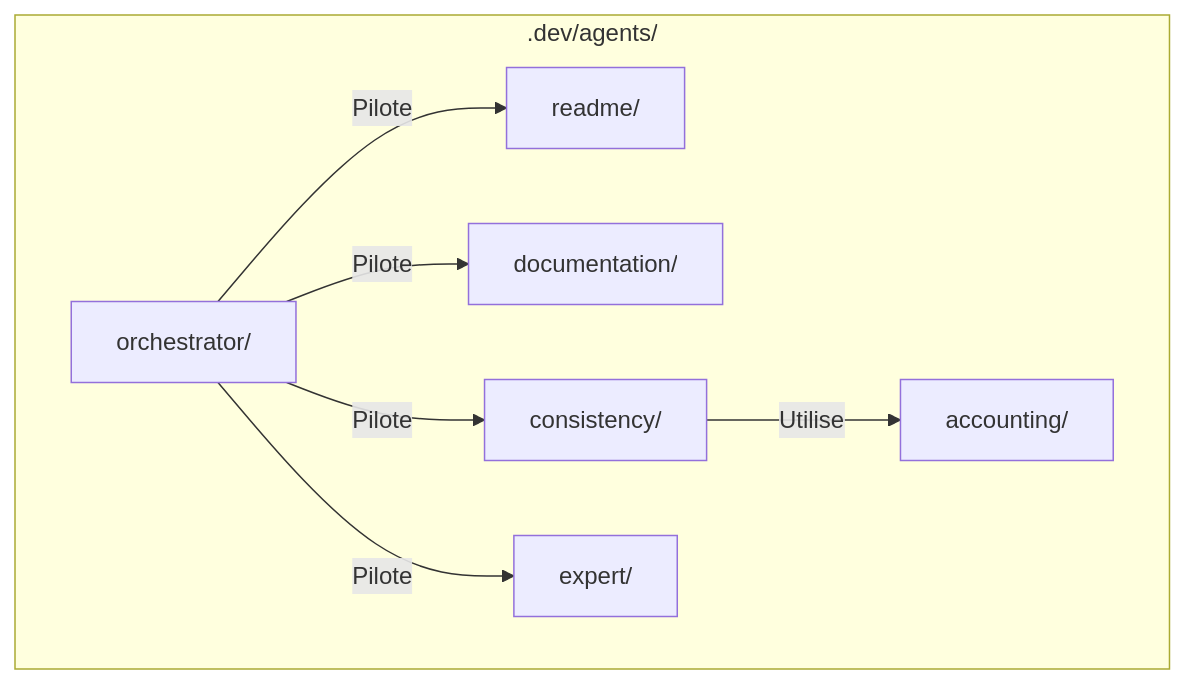
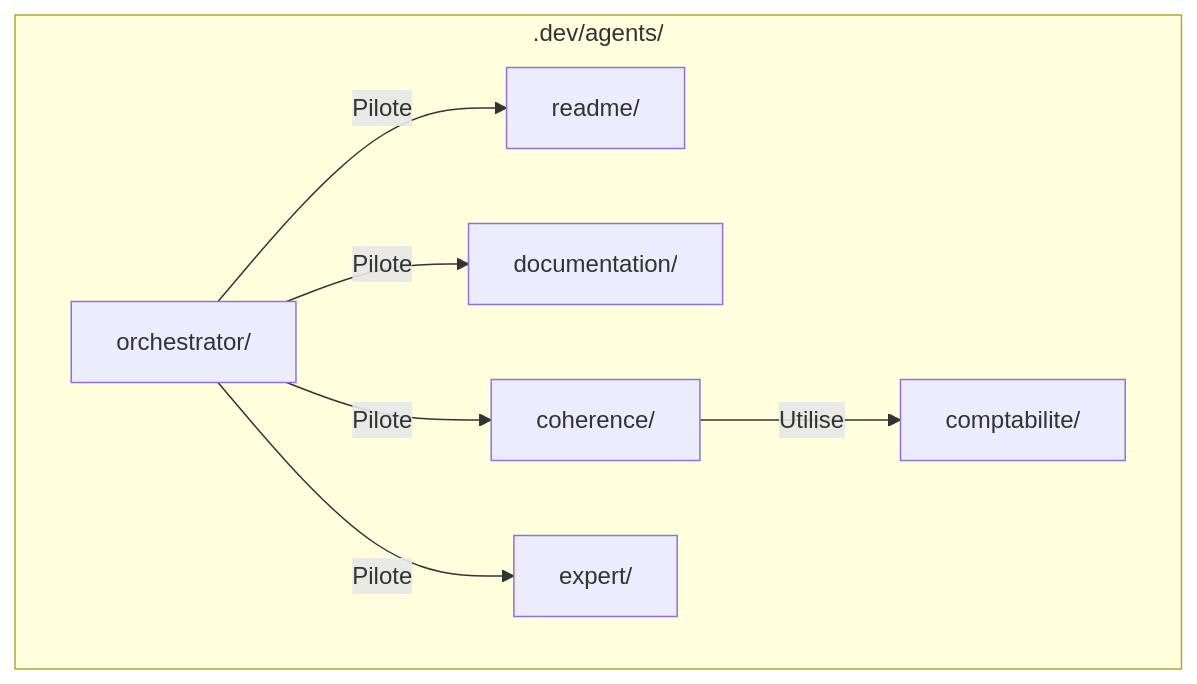
Before and after one commit to GribouilleImport/ChezSIA: the first of 2 diagrams in .dev/agents/README.md, drawn with Mermaid. The commit also changed other lines of this file and 6 other files, not shown here.

Commit message:
feat: francisation des agents et de la documentation technique\n\n- Renommage de Consistency en Coherence\n- Renommage de Accounting en Comptabilite\n- Mise à jour des dossiers, du code Python et des schémas Mermaid

````diff
--- a/.dev/agents/README.md
+++ b/.dev/agents/README.md
@@ -28,18 +28,18 @@
 ```mermaid
 graph TD
     subgraph ROOT [".dev/agents/"]
         ORCH["orchestrator/"]
         RD["readme/"]
         DOC["documentation/"]
-        CONS["consistency/"]
-        ACC["accounting/"]
+        CONS["coherence/"]
+        ACC["comptabilite/"]
         EXP["expert/"]
     end
 
     ORCH --> |Pilote| RD
     ORCH --> |Pilote| DOC
     ORCH --> |Pilote| CONS
     ORCH --> |Pilote| EXP
     
     CONS --> |Utilise| ACC
 ```
````
